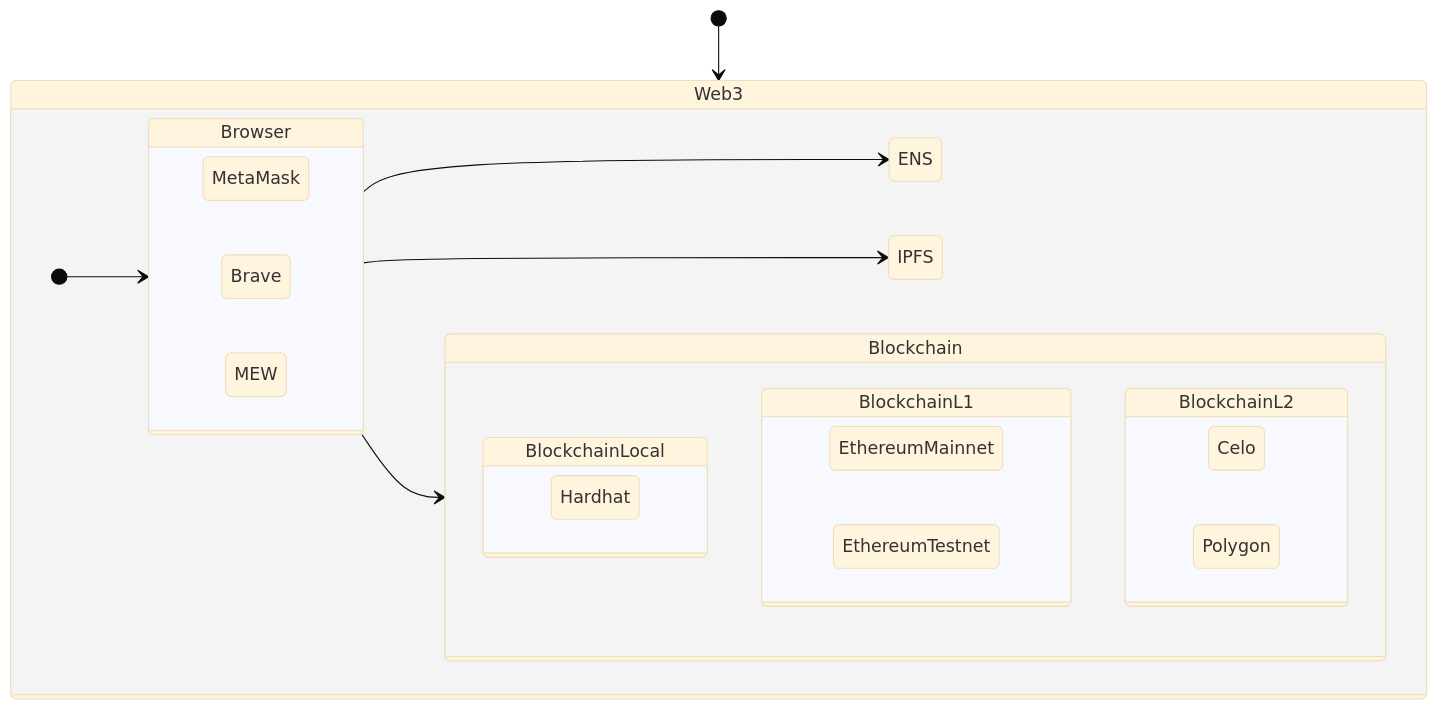
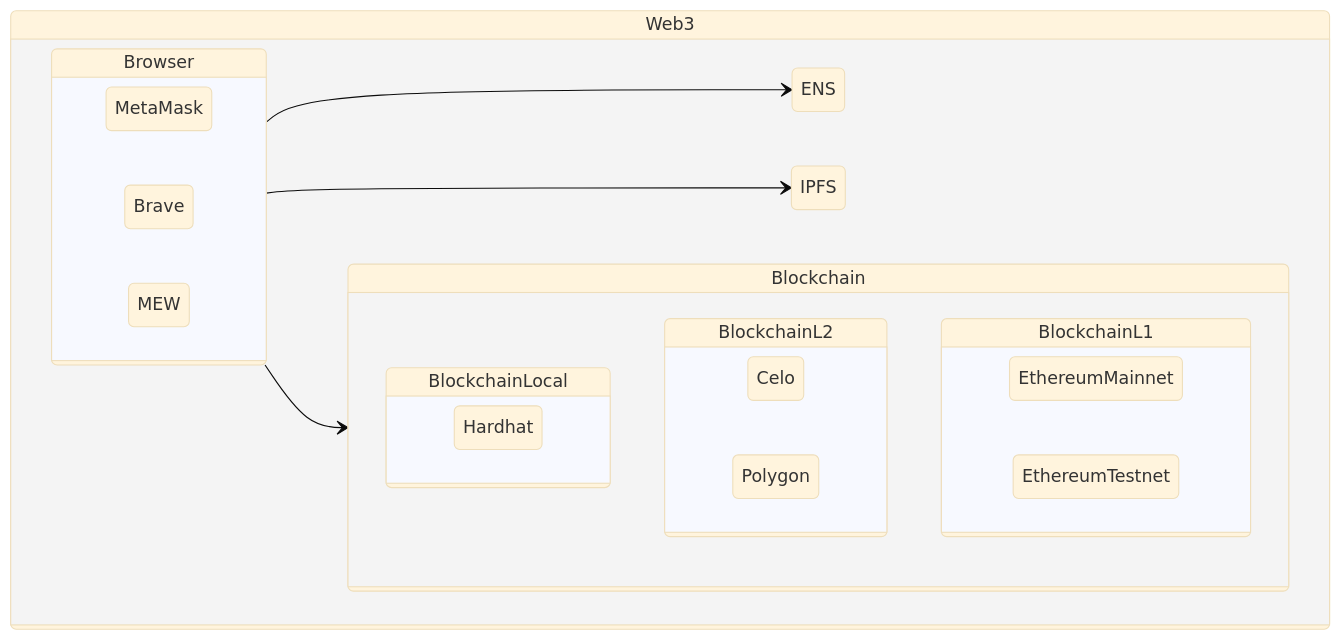
The diagram in README.md (maximilianou/weekly61), drawn with Mermaid (base theme) before and after one commit. The commit also changed other lines of this file, not shown here.

Commit message:
feat(diag): diagrame mermaid blockchain L1 L2 markdown

````diff
--- a/README.md
+++ b/README.md
@@ -42,34 +42,32 @@
 ```mermaid
 stateDiagram-v2
-    [*] --> Web3
     state Web3 {
         direction LR
-        [*] --> Browser 
         state Browser {
             direction LR
             MetaMask
             Brave
             MEW
         }
         Browser --> ENS
         Browser --> IPFS
         Browser --> Blockchain
     }
     state Blockchain {
         state BlockchainLocal {
             direction LR
             Hardhat
         }
+        state BlockchainL2 {
+            direction LR
+            Celo
+            Polygon
+        }
         state BlockchainL1 {
             direction LR
             EthereumMainnet
             EthereumTestnet
         }
-        state BlockchainL2 {
-            direction LR
-            Celo
-            Polygon
-        }
     }
 
 ```
````
